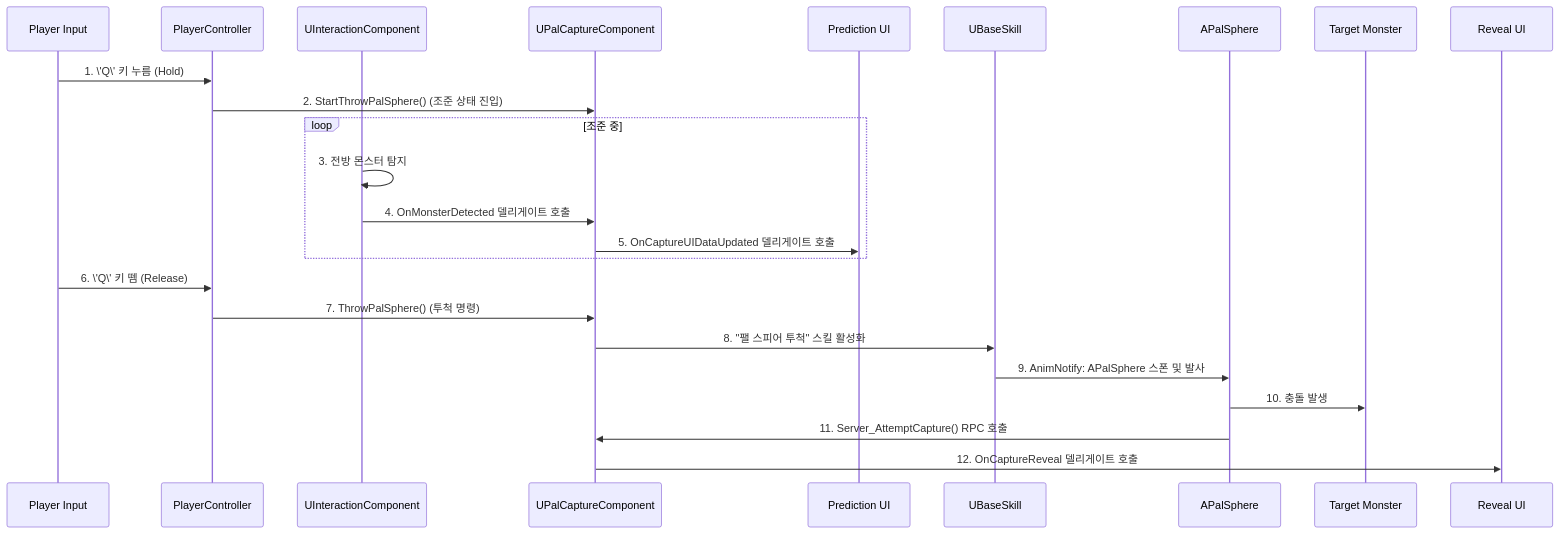
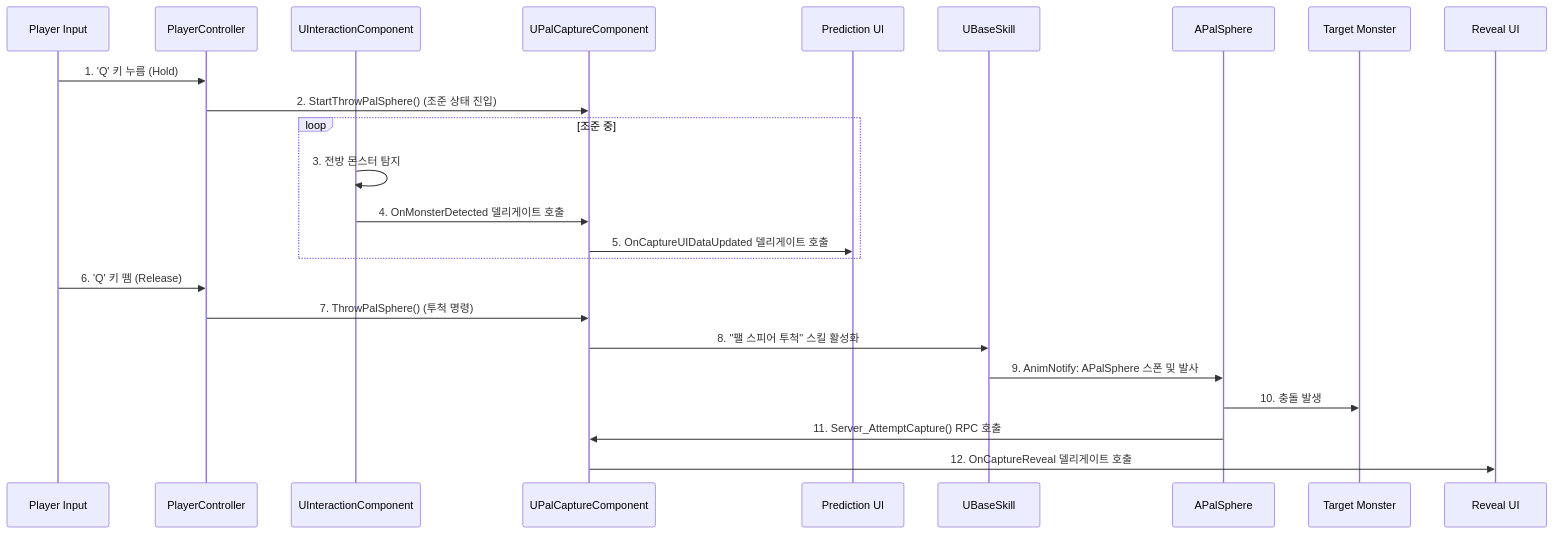
Before and after one commit to chungheonLee0325/Sonheim: the first of 2 diagrams in Doc/Wiki/8.1_Case_Study_Pal_Capture_Sequence.md, drawn with Mermaid. The commit also changed other lines of this file and 5 other files, not shown here.

Commit message:
chore : wiki 링크오류 수정, 다이어그램 오류 수정

````diff
--- a/Doc/Wiki/8.1_Case_Study_Pal_Capture_Sequence.md
+++ b/Doc/Wiki/8.1_Case_Study_Pal_Capture_Sequence.md
@@ -22,27 +22,27 @@
 ```mermaid
 sequenceDiagram
     participant Player as Player Input
     participant PC as PlayerController
     participant InterComp as UInteractionComponent
     participant CapComp as UPalCaptureComponent
     participant PredictUI as Prediction UI
     participant Skill as UBaseSkill
     participant Sphere as APalSphere
     participant Monster as Target Monster
     participant RevealUI as Reveal UI
 
-    Player->>PC: 1. \'Q\' 키 누름 (Hold)
+    Player->>PC: 1. 'Q' 키 누름 (Hold)
     PC->>CapComp: 2. StartThrowPalSphere() (조준 상태 진입)
     loop 조준 중
         InterComp->>InterComp: 3. 전방 몬스터 탐지
         InterComp->>CapComp: 4. OnMonsterDetected 델리게이트 호출
         CapComp->>PredictUI: 5. OnCaptureUIDataUpdated 델리게이트 호출
     end
-    Player->>PC: 6. \'Q\' 키 뗌 (Release)
+    Player->>PC: 6. 'Q' 키 뗌 (Release)
     PC->>CapComp: 7. ThrowPalSphere() (투척 명령)
     CapComp->>Skill: 8. "팰 스피어 투척" 스킬 활성화
     Skill->>Sphere: 9. AnimNotify: APalSphere 스폰 및 발사
     Sphere->>Monster: 10. 충돌 발생
     Sphere->>CapComp: 11. Server_AttemptCapture() RPC 호출
     CapComp->>RevealUI: 12. OnCaptureReveal 델리게이트 호출
 ```
````
